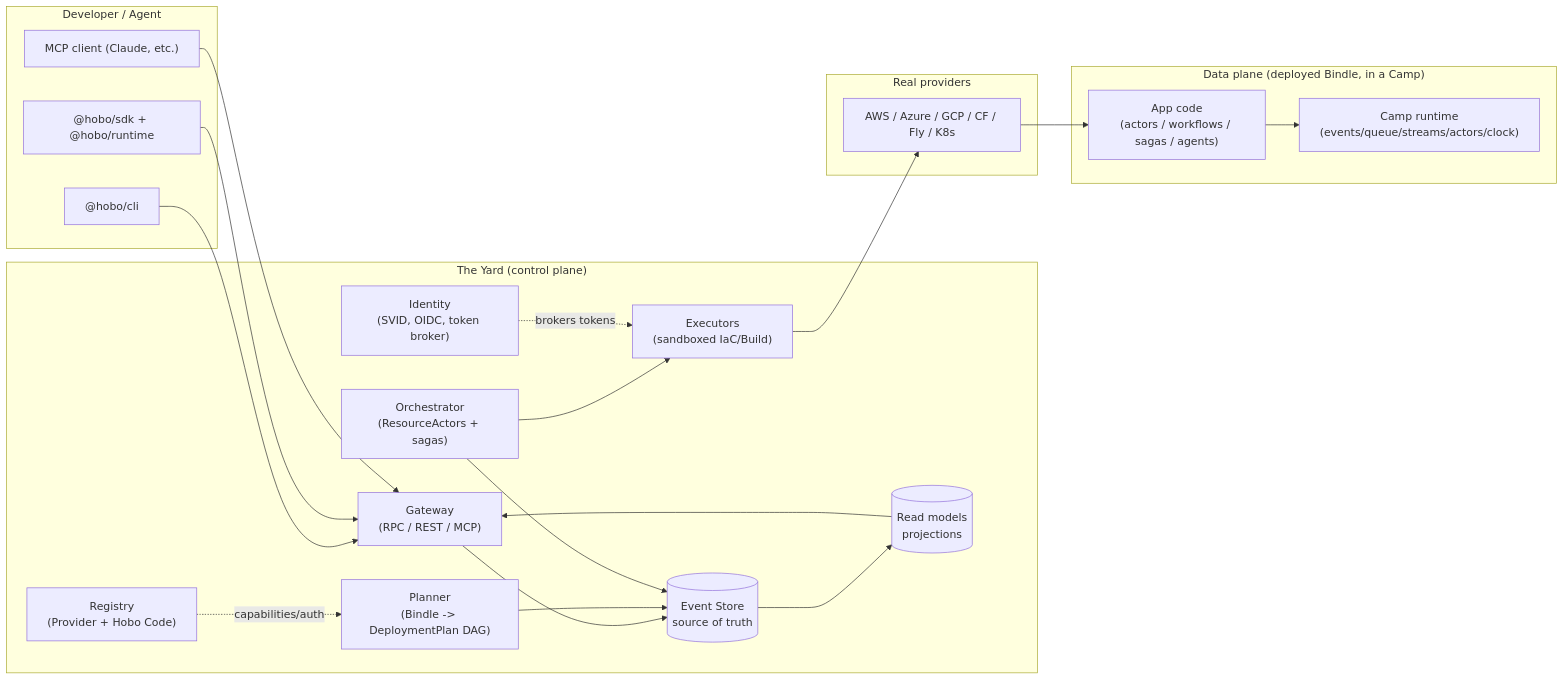
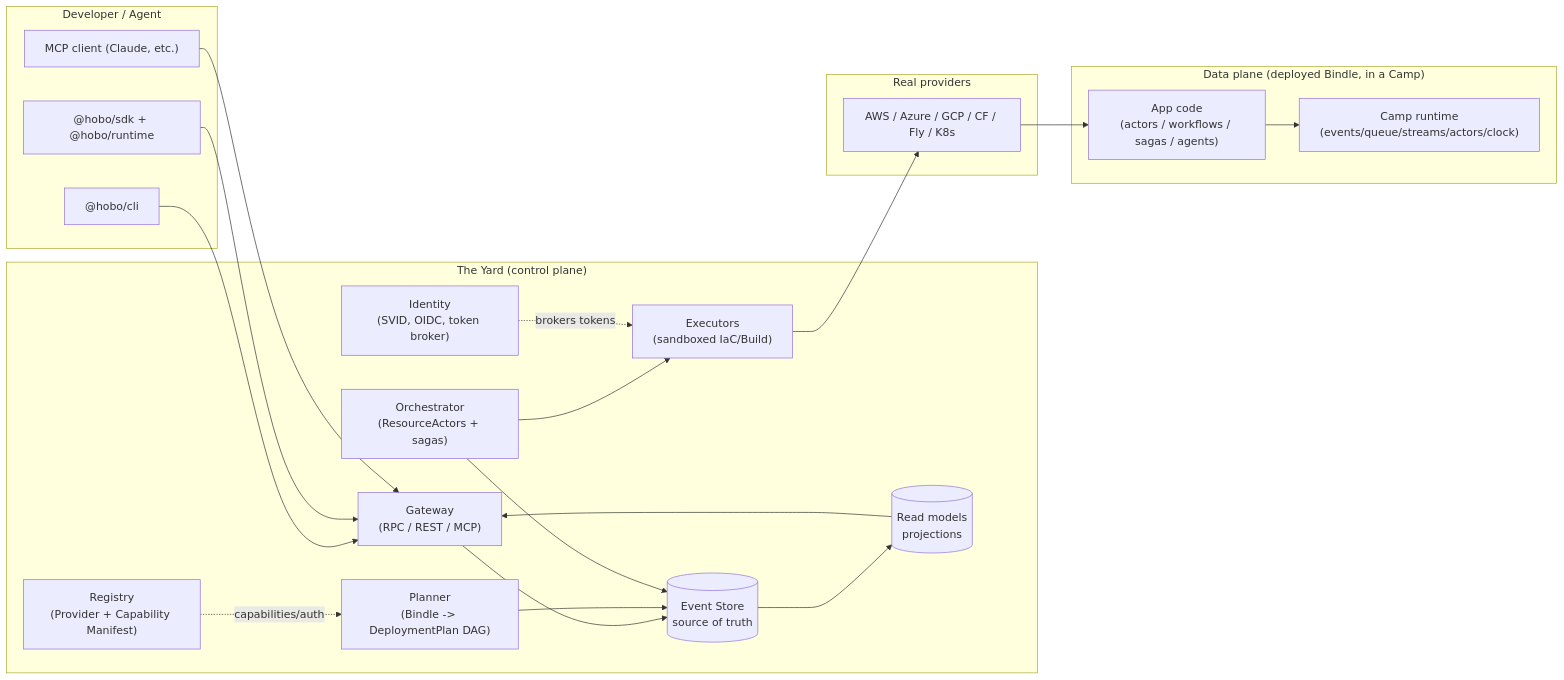
One commit to Tyler-R-Kendrick/HoBo changed the diagram in docs/design/10-architecture-overview.md. Above: the diagram before and after it, drawn with Mermaid. The commit also changed other lines of this file and 70 other files, not shown here.

First line of the commit message:
docs(design): purge "worlds", rename Circuit→Junction, reserve "Hobo Code" for a DSL

````diff
--- a/docs/design/10-architecture-overview.md
+++ b/docs/design/10-architecture-overview.md
@@ -20,41 +20,41 @@
 ```mermaid
 flowchart LR
   subgraph Dev["Developer / Agent"]
     SDK["@hobo/sdk + @hobo/runtime"]
     CLI["@hobo/cli"]
     MCP["MCP client (Claude, etc.)"]
   end
 
   subgraph Yard["The Yard (control plane)"]
     GW["Gateway<br/>(RPC / REST / MCP)"]
     ID["Identity<br/>(SVID, OIDC, token broker)"]
-    REG["Registry<br/>(Provider + Hobo Code)"]
+    REG["Registry<br/>(Provider + Capability Manifest)"]
     PL["Planner<br/>(Bindle -> DeploymentPlan DAG)"]
     OR["Orchestrator<br/>(ResourceActors + sagas)"]
     EX["Executors<br/>(sandboxed IaC/Build)"]
     ES[("Event Store<br/>source of truth")]
     RM[("Read models<br/>projections")]
   end
 
   subgraph Cloud["Real providers"]
     CLOUDS["AWS / Azure / GCP / CF / Fly / K8s"]
   end
 
   subgraph Data["Data plane (deployed Bindle, in a Camp)"]
     APP["App code<br/>(actors / workflows / sagas / agents)"]
     RT["Camp runtime<br/>(events/queue/streams/actors/clock)"]
   end
 
   CLI & SDK & MCP --> GW
   GW --> ES
   PL --> ES
   OR --> ES
   OR --> EX
   EX --> CLOUDS
   ID -. brokers tokens .-> EX
   REG -. capabilities/auth .-> PL
   ES --> RM
   RM --> GW
   CLOUDS --> APP
   APP --> RT
 ```
````
